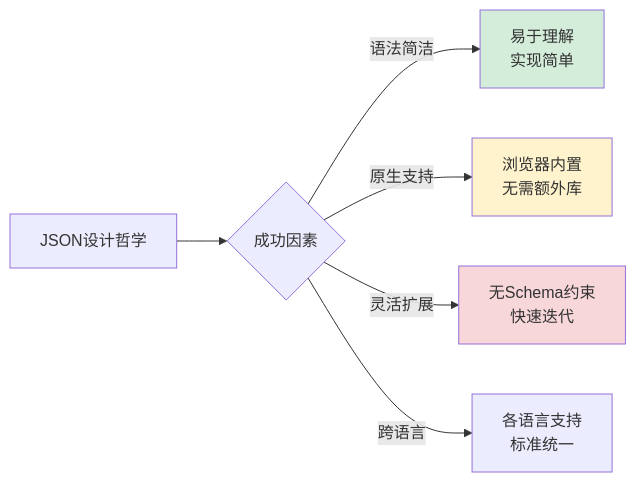
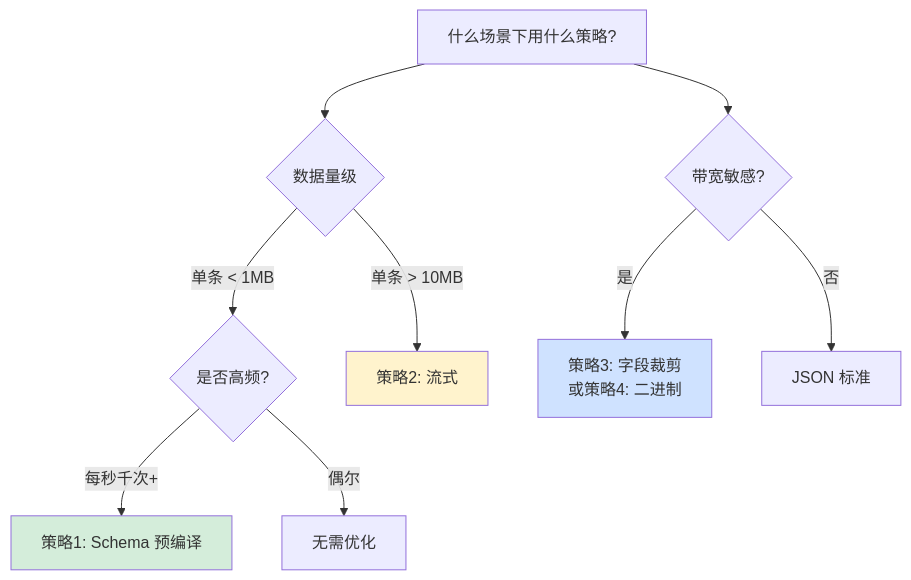
Before and after one commit to chongyang211/YCBookBlog: diagram 12 of 24 in 00.通用技术的提升/02.程序编程原理/05.序列化数据的思想.md, drawn with Mermaid. The commit also changed other lines of this file and 6 other files, not shown here.

````diff
--- a/00.通用技术的提升/02.程序编程原理/05.序列化数据的思想.md
+++ b/00.通用技术的提升/02.程序编程原理/05.序列化数据的思想.md
@@ -1570,12 +1131,17 @@
 ```mermaid
-graph LR
-    A[JSON设计哲学] --> B{成功因素}
-    B -->|语法简洁| C[易于理解<br/>实现简单]
-    B -->|原生支持| D[浏览器内置<br/>无需额外库]
-    B -->|灵活扩展| E[无Schema约束<br/>快速迭代]
-    B -->|跨语言| F[各语言支持<br/>标准统一]
-    
-    style C fill:#d4edda
+flowchart TD
+    A[什么场景下用什么策略?] --> B{数据量级}
+    B -->|单条 < 1MB| C{是否高频?}
+    B -->|单条 > 10MB| D[策略2: 流式]
+
+    C -->|每秒千次+| E[策略1: Schema 预编译]
+    C -->|偶尔| F[无需优化]
+
+    A --> G{带宽敏感?}
+    G -->|是| H[策略3: 字段裁剪<br/>或策略4: 二进制]
+    G -->|否| I[JSON 标准]
+
+    style E fill:#d4edda
     style D fill:#fff3cd
-    style E fill:#f8d7da
+    style H fill:#cfe2ff
 ```
````
